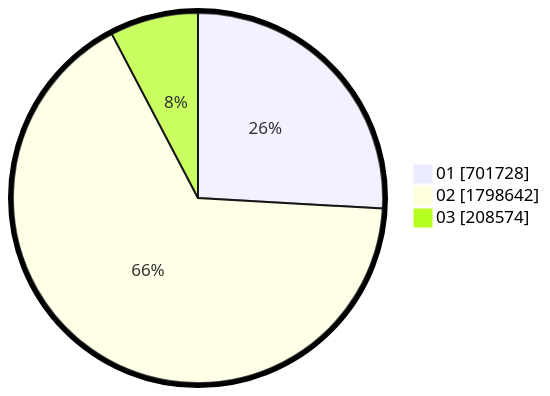
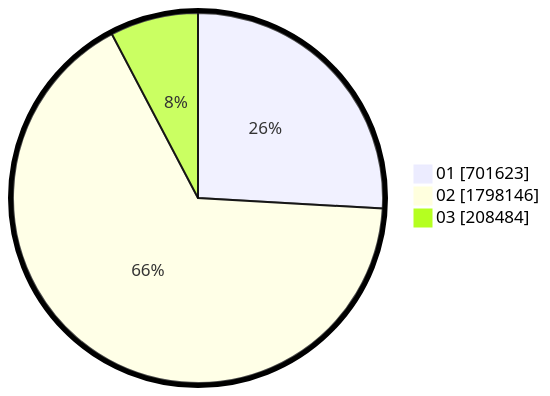
Before and after one commit to gigit-pemilu/pemilu-2024: the second of 2 diagrams in pilpres/hitung-suara/sub/table-wilayah-52.md, drawn with Mermaid. The commit also changed other lines of this file and 9 other files, not shown here.

````diff
--- a/pilpres/hitung-suara/sub/table-wilayah-52.md
+++ b/pilpres/hitung-suara/sub/table-wilayah-52.md
@@ -15,7 +15,7 @@
 ```mermaid
 %%{init: {"pie": {"textPosition": 0.5}, "themeVariables": {"pieOuterStrokeWidth": "5px"}} }%%
 pie showData
-    "01" : 701728
-    "02" : 1798642
-    "03" : 208574
+    "01" : 701623
+    "02" : 1798146
+    "03" : 208484
 ```
````
